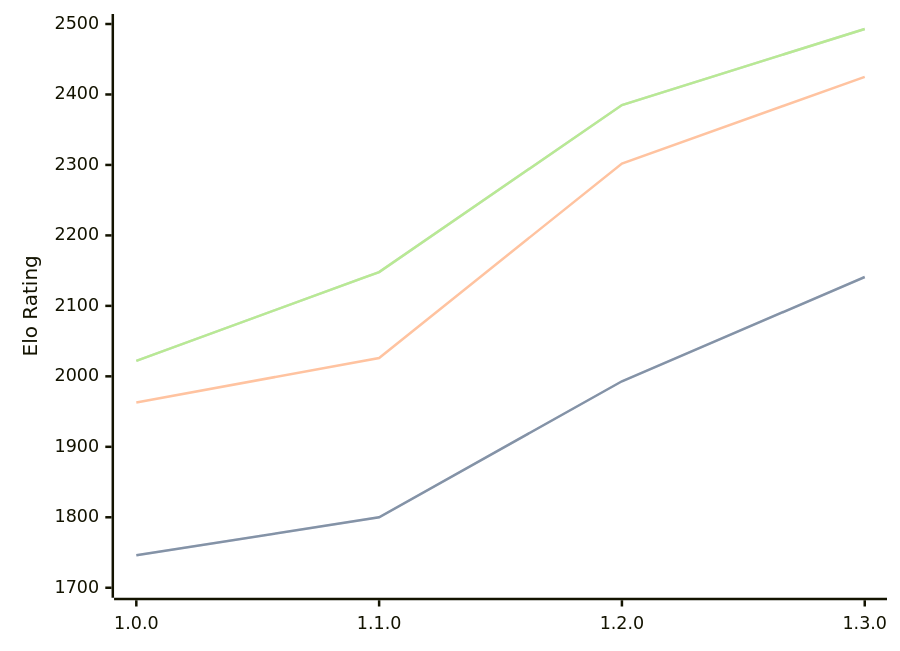
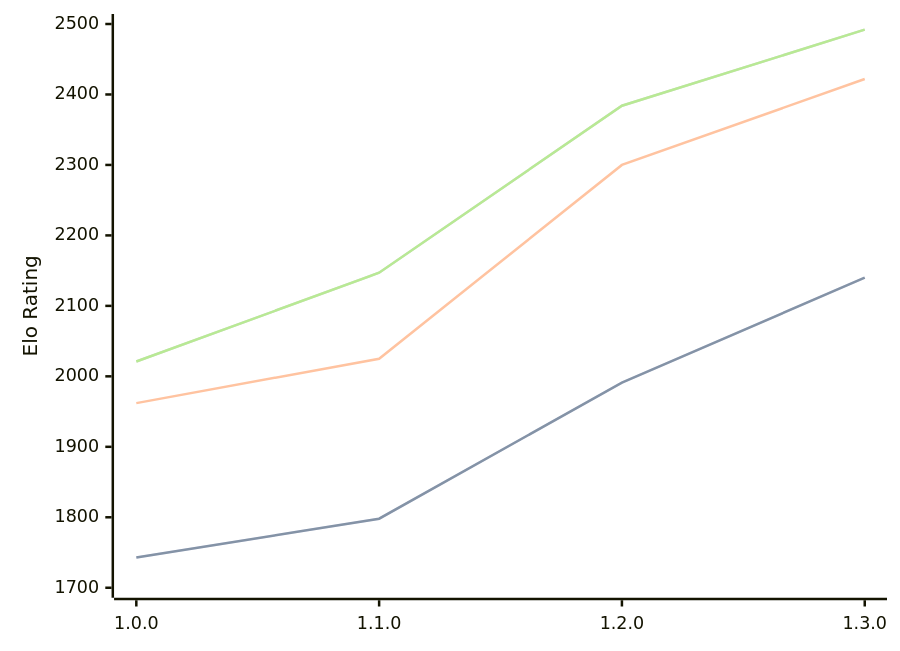
Before and after one commit to computer-chess-index/cci: the diagram in engines/Anodos.md, drawn with Mermaid. The commit also changed other lines of this file, not shown here.

Commit message:
Update CCI Ratings (ELO VLTC) - 2026-06-07

````diff
--- a/engines/Anodos.md
+++ b/engines/Anodos.md
@@ -45,11 +45,11 @@
 ```mermaid
 %%{init: {"theme":"base","themeVariables":{"seriesColors:['#a3a3a3','#222221','#faa371']}}}%%
 xychart-beta
   x-axis ["1.0.0", "1.1.0", "1.2.0", "1.3.0"]
   y-axis "Elo Rating" 1700 --> 2500
-  line "STC (8.0+0.08s)" [1746, 1800, 1993, 2141]
-  line "STC (8.0+0.08s)" [1746, 1800, 1993, 2141]
-  line "LTC (60.0+0.60s)" [1963, 2026, 2302, 2425]
-  line "VLTC (2m24s+1.12s)" [2022, 2148, 2385, 2493]
-  line "VLTC (2m24s+1.12s)" [2022, 2148, 2385, 2493]
+  line "STC (8.0+0.08s)" [1743, 1798, 1991, 2140]
+  line "STC (8.0+0.08s)" [1743, 1798, 1991, 2140]
+  line "LTC (60.0+0.60s)" [1962, 2025, 2300, 2422]
+  line "VLTC (2m24s+1.12s)" [2021, 2147, 2384, 2492]
+  line "VLTC (2m24s+1.12s)" [2021, 2147, 2384, 2492]
 ```
````
